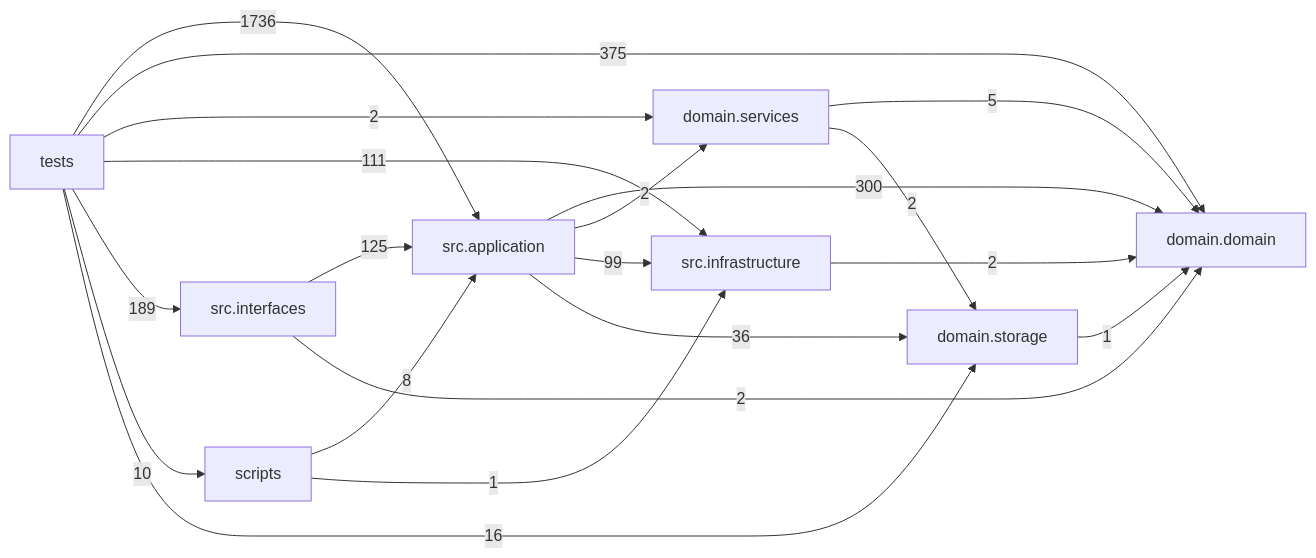
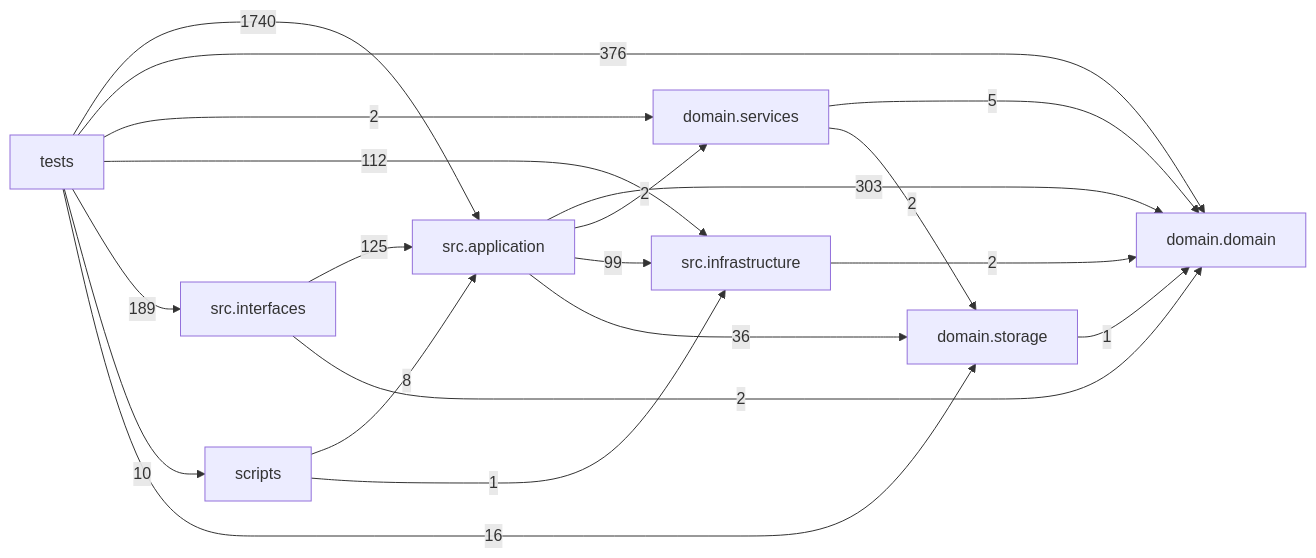
Before and after one commit to liuxie066/options-monitor: the diagram in docs/DEPENDENCY_GRAPH.md, drawn with Mermaid. The commit also changed other lines of this file and 11 other files, not shown here.

````diff
--- a/docs/DEPENDENCY_GRAPH.md
+++ b/docs/DEPENDENCY_GRAPH.md
@@ -24,30 +24,30 @@
 ```mermaid
 flowchart LR
   tests["tests"]
   scripts["scripts"]
   interfaces["src.interfaces"]
   application["src.application"]
   infrastructure["src.infrastructure"]
   domain_services["domain.services"]
   domain["domain.domain"]
   storage["domain.storage"]
-  application -->|300| domain
+  application -->|303| domain
   application -->|2| domain_services
   application -->|99| infrastructure
   application -->|36| storage
   domain_services -->|5| domain
   domain_services -->|2| storage
   infrastructure -->|2| domain
   interfaces -->|125| application
   interfaces -->|2| domain
   scripts -->|8| application
   scripts -->|1| infrastructure
   storage -->|1| domain
-  tests -->|1736| application
-  tests -->|375| domain
+  tests -->|1740| application
+  tests -->|376| domain
   tests -->|2| domain_services
-  tests -->|111| infrastructure
+  tests -->|112| infrastructure
   tests -->|189| interfaces
   tests -->|10| scripts
   tests -->|16| storage
 ```
````
